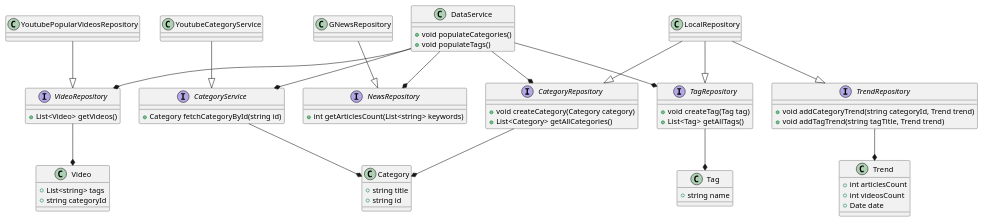
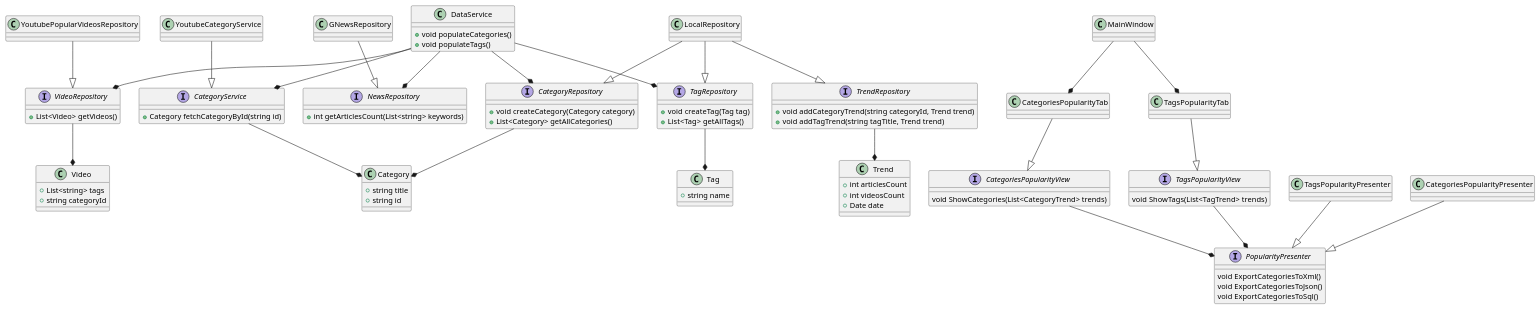
One commit to Gornius/tsunami changed the diagram in DesktopApp/classes.puml. Above: the diagram before and after it, drawn with PlantUML. The commit also changed 4 other files, not shown here.

```diff
--- a/DesktopApp/classes.puml
+++ b/DesktopApp/classes.puml
@@ -1,80 +1,103 @@
 @startuml
 
 class Category {
     +string title
     +string id
 }
 
 class Trend {
     +int articlesCount
     +int videosCount
     +Date date
 }
 
 interface CategoryService {
     +Category fetchCategoryById(string id)
 }
 
 YoutubeCategoryService --|> CategoryService
 
 interface CategoryRepository {
     +void createCategory(Category category)
     +List<Category> getAllCategories()
 }
 
 CategoryService --* Category
 
 class Video {
     +List<string> tags
     +string categoryId
 }
 
 interface VideoRepository {
     +List<Video> getVideos()
 }
 
 YoutubePopularVideosRepository --|> VideoRepository
 
 interface NewsRepository {
     +int getArticlesCount(List<string> keywords)
 }
 
 GNewsRepository --|> NewsRepository
 
 class DataService {
     +void populateCategories()
     +void populateTags()
 }
 
 DataService --* TagRepository
 DataService --* NewsRepository
 DataService --* VideoRepository
 DataService --* CategoryRepository
 DataService --* CategoryService
 
 class Tag {
     +string name
 }
 
 interface TagRepository {
     +void createTag(Tag tag)
     +List<Tag> getAllTags()
 }
 
 TagRepository --* Tag
 
 VideoRepository --* Video
 CategoryRepository --* Category
 
 interface TrendRepository {
     +void addCategoryTrend(string categoryId, Trend trend)
     +void addTagTrend(string tagTitle, Trend trend)
 }
 
 TrendRepository --* Trend
 
 LocalRepository --|> TrendRepository
 LocalRepository --|> TagRepository
 LocalRepository --|> CategoryRepository
 
+interface CategoriesPopularityView {
+    void ShowCategories(List<CategoryTrend> trends)
+}
+
+interface TagsPopularityView {
+    void ShowTags(List<TagTrend> trends)
+}
+
+interface PopularityPresenter {
+    void ExportCategoriesToXml()
+    void ExportCategoriesToJson()
+    void ExportCategoriesToSql()
+}
+
+MainWindow --* CategoriesPopularityTab
+MainWindow --* TagsPopularityTab
+CategoriesPopularityTab --|> CategoriesPopularityView
+TagsPopularityTab --|> TagsPopularityView
+TagsPopularityPresenter --|> PopularityPresenter
+CategoriesPopularityPresenter --|> PopularityPresenter
+CategoriesPopularityView --* PopularityPresenter
+TagsPopularityView --* PopularityPresenter
+
 @enduml
```
